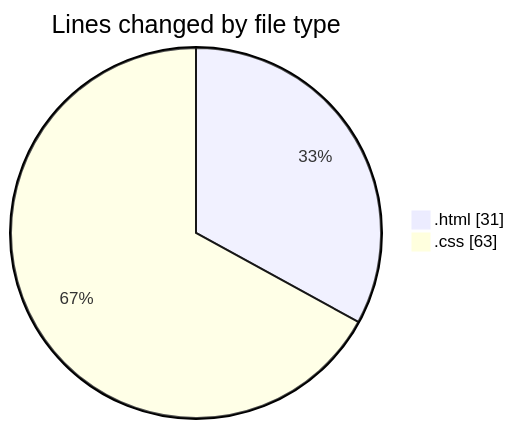
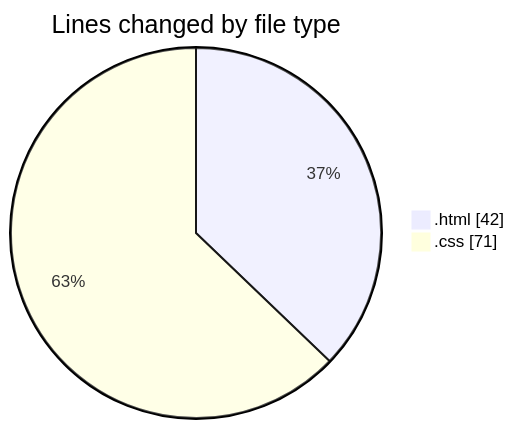
Before and after one commit to robertbonfada/code-tracking: the first of 2 diagrams in 2025-01-10/primeiro-site/README.md, drawn with Mermaid. The commit also changed other lines of this file and 1 other file, not shown here.

````diff
--- a/2025-01-10/primeiro-site/README.md
+++ b/2025-01-10/primeiro-site/README.md
@@ -22,6 +22,6 @@
 ```mermaid
 pie showData
 title Lines changed by file type
-".html" : 31
-".css" : 63
+".html" : 42
+".css" : 71
 ```
````
